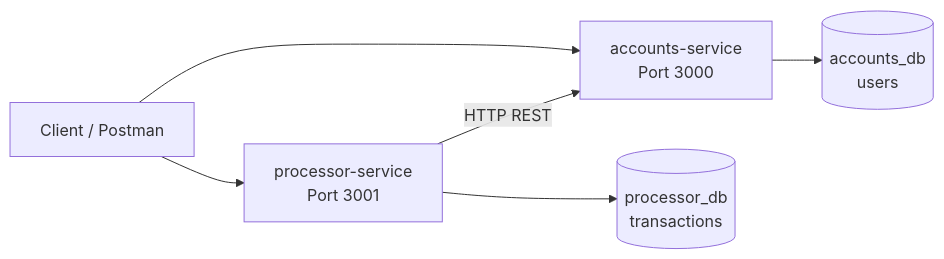
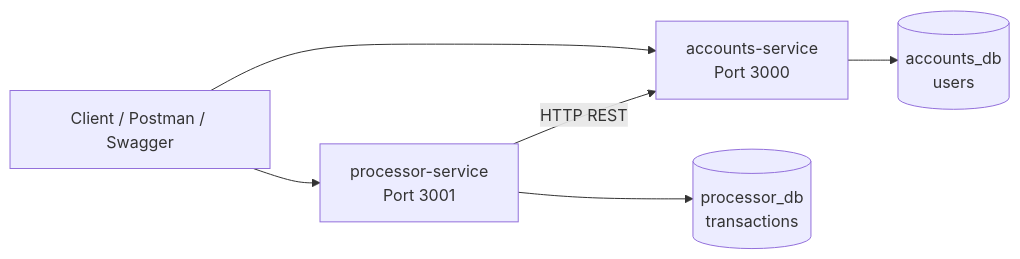
The first of 5 diagrams in docs/ARCHITECTURE.md (eigarciaortega/IBMHackathon2026), drawn with Mermaid before and after one commit. The commit also changed other lines of this file and 5 other files, not shown here.

````diff
--- a/docs/ARCHITECTURE.md
+++ b/docs/ARCHITECTURE.md
@@ -5,8 +5,8 @@
 ```mermaid
 flowchart LR
-    Client["Client / Postman"] --> AccountsApi["accounts-service<br/>Port 3000"]
+    Client["Client / Postman / Swagger"] --> AccountsApi["accounts-service<br/>Port 3000"]
     Client --> ProcessorApi["processor-service<br/>Port 3001"]
     ProcessorApi -->|HTTP REST| AccountsApi
     AccountsApi --> AccountsDb[("accounts_db<br/>users")]
     ProcessorApi --> ProcessorDb[("processor_db<br/>transactions")]
 ```
````
